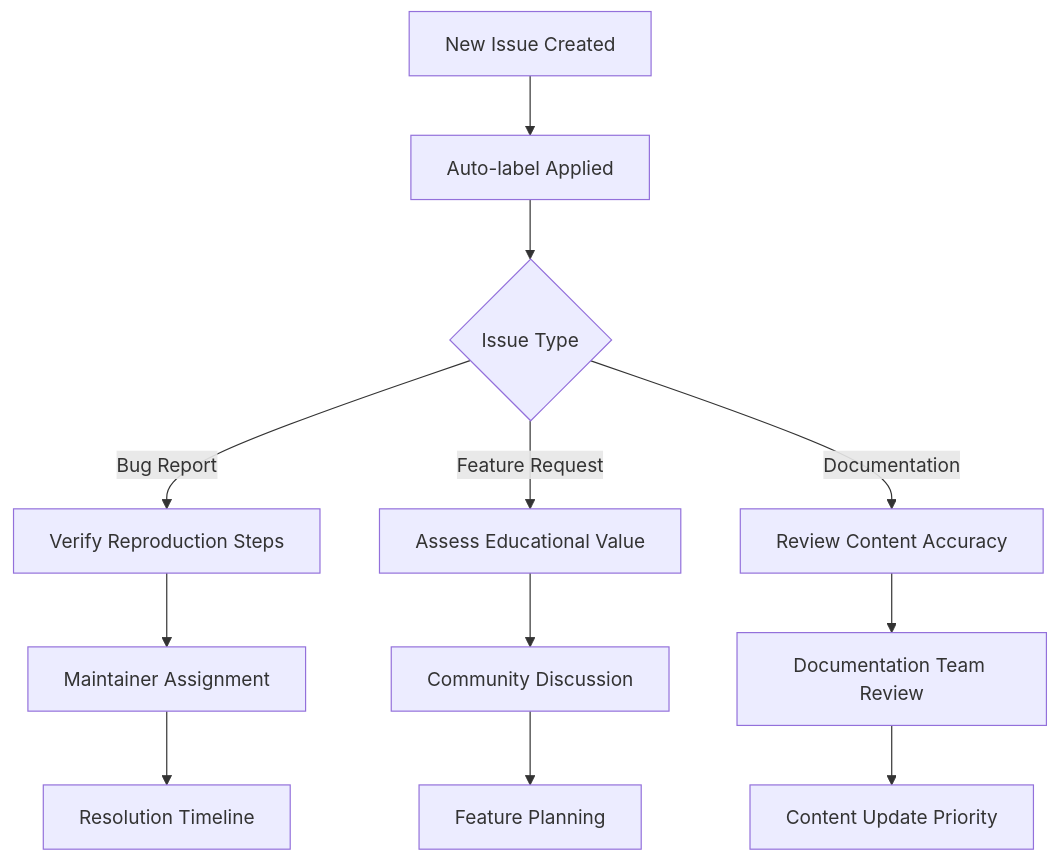
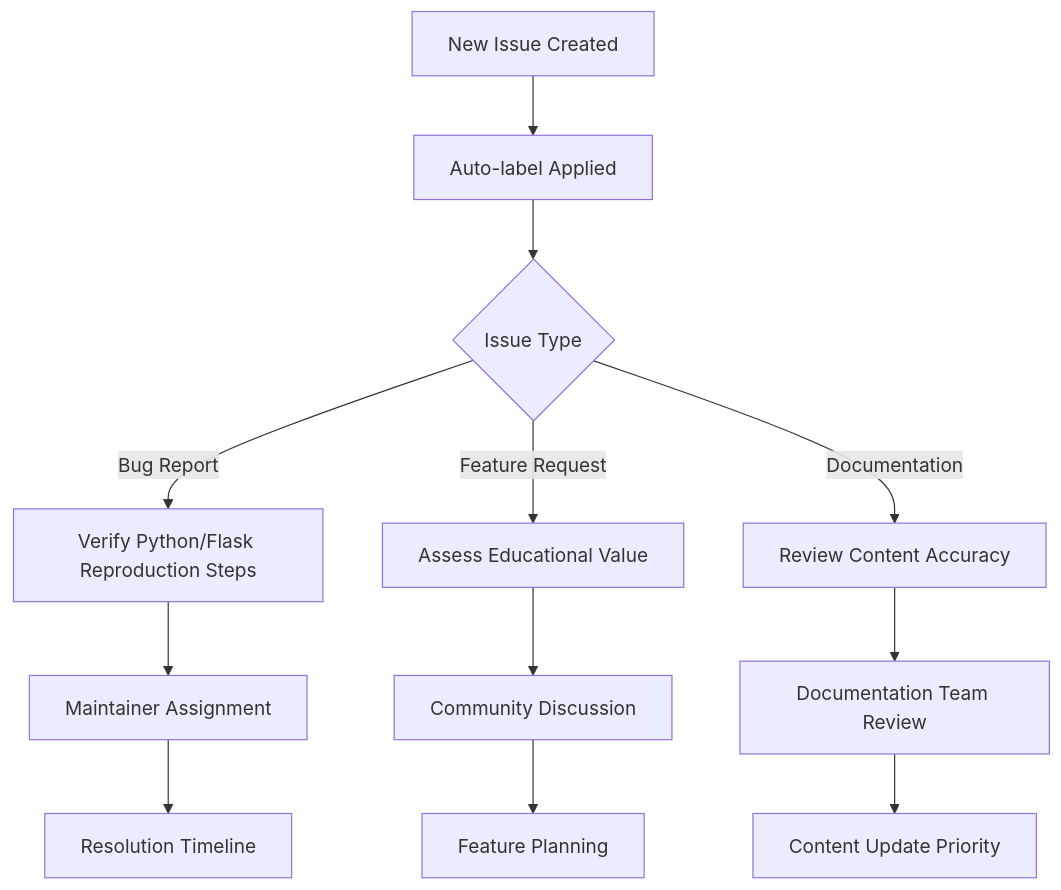
One commit to blitzytest02/blitzy-20250603112937552 changed the first of 2 diagrams in CONTRIBUTING.md. Above: the diagram before and after it, drawn with Mermaid. The commit also changed other lines of this file, not shown here.

````diff
--- a/CONTRIBUTING.md
+++ b/CONTRIBUTING.md
@@ -1387,14 +1599,14 @@
 ```mermaid
 flowchart TD
     A[New Issue Created] --> B[Auto-label Applied]
     B --> C{Issue Type}
-    C -->|Bug Report| D[Verify Reproduction Steps]
+    C -->|Bug Report| D[Verify Python/Flask Reproduction Steps]
     C -->|Feature Request| E[Assess Educational Value]  
     C -->|Documentation| F[Review Content Accuracy]
     D --> G[Maintainer Assignment]
     E --> H[Community Discussion]
     F --> I[Documentation Team Review]
     G --> J[Resolution Timeline]
     H --> K[Feature Planning]
     I --> L[Content Update Priority]
 ```
````
